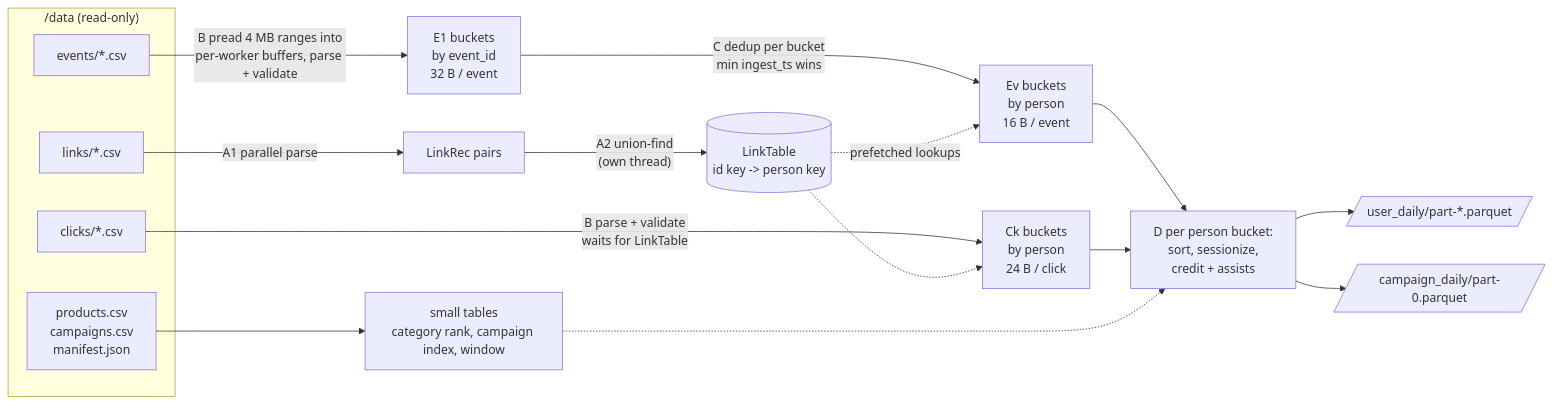
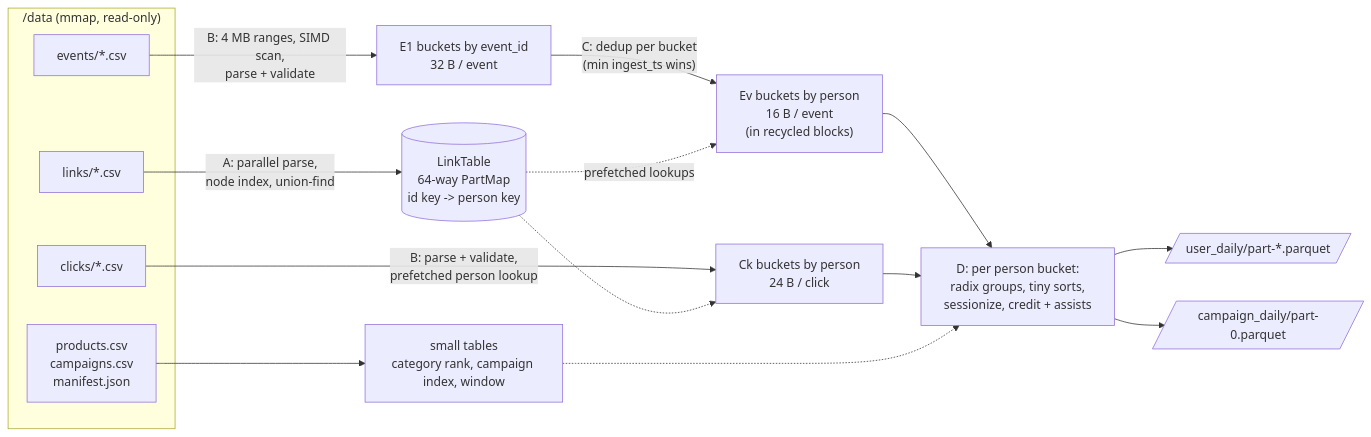
The first of 8 diagrams in docs/ARCHITECTURE.md (Kavan04/Databricks_Shopping), drawn with Mermaid before and after one commit. The commit also changed other lines of this file and 9 other files, not shown here.

First line of the commit message:
v3: parallel links, padded mmap input, branch-free fields, SWAR keys and timestamps

````diff
--- a/docs/ARCHITECTURE.md
+++ b/docs/ARCHITECTURE.md
@@ -15,28 +16,27 @@
 ```mermaid
 flowchart LR
-    subgraph IN["/data (read-only)"]
+    subgraph IN["/data (mmap, read-only)"]
         L[links/*.csv]
         E[events/*.csv]
         C[clicks/*.csv]
         P[products.csv<br/>campaigns.csv<br/>manifest.json]
     end
 
     P --> SM["small tables<br/>category rank, campaign index, window"]
 
-    L -->|"A1 parallel parse"| LR["LinkRec pairs"]
-    LR -->|"A2 union-find<br/>(own thread)"| LT[("LinkTable<br/>id key -> person key")]
+    L -->|"A: parallel parse,<br/>node index, union-find"| LT[("LinkTable<br/>64-way PartMap<br/>id key -> person key")]
 
-    E -->|"B pread 4 MB ranges into<br/>per-worker buffers, parse + validate"| EB["E1 buckets<br/>by event_id<br/>32 B / event"]
-    C -->|"B parse + validate<br/>waits for LinkTable"| CB["Ck buckets<br/>by person<br/>24 B / click"]
+    E -->|"B: 4 MB ranges, SIMD scan,<br/>parse + validate"| EB["E1 buckets by event_id<br/>32 B / event"]
+    C -->|"B: parse + validate,<br/>prefetched person lookup"| CB["Ck buckets by person<br/>24 B / click"]
     LT -.-> CB
 
-    EB -->|"C dedup per bucket<br/>min ingest_ts wins"| EV["Ev buckets<br/>by person<br/>16 B / event"]
+    EB -->|"C: dedup per bucket<br/>(min ingest_ts wins)"| EV["Ev buckets by person<br/>16 B / event<br/>(in recycled blocks)"]
     LT -.->|"prefetched lookups"| EV
 
-    EV --> S3["D per person bucket:<br/>sort, sessionize,<br/>credit + assists"]
+    EV --> S3["D: per person bucket:<br/>radix groups, tiny sorts,<br/>sessionize, credit + assists"]
     CB --> S3
     SM -.-> S3
 
     S3 --> UD[/"user_daily/part-*.parquet"/]
     S3 --> CD[/"campaign_daily/part-0.parquet"/]
 ```
````
